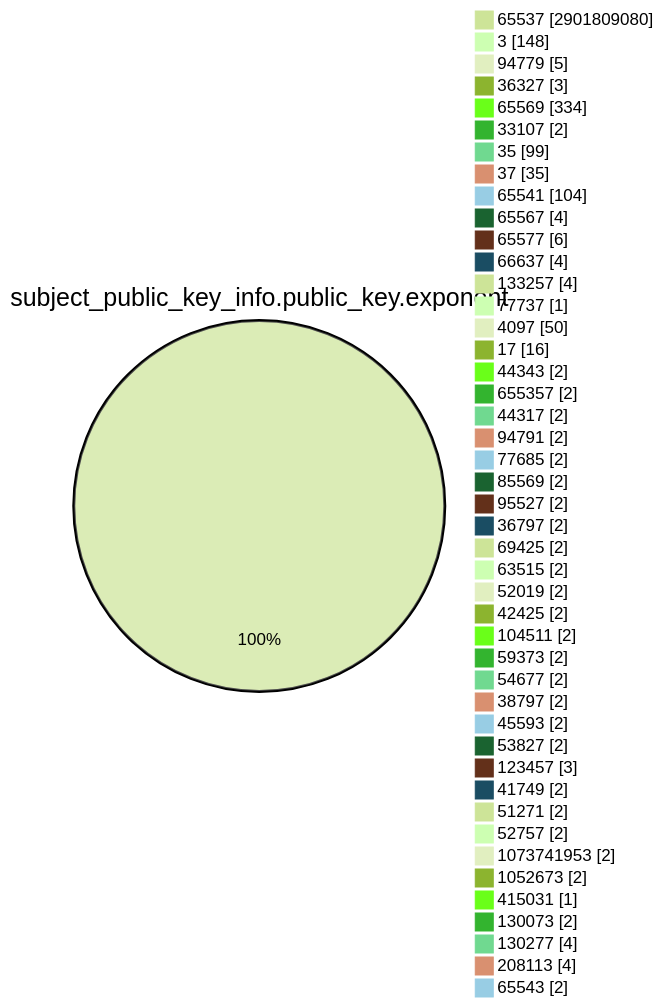
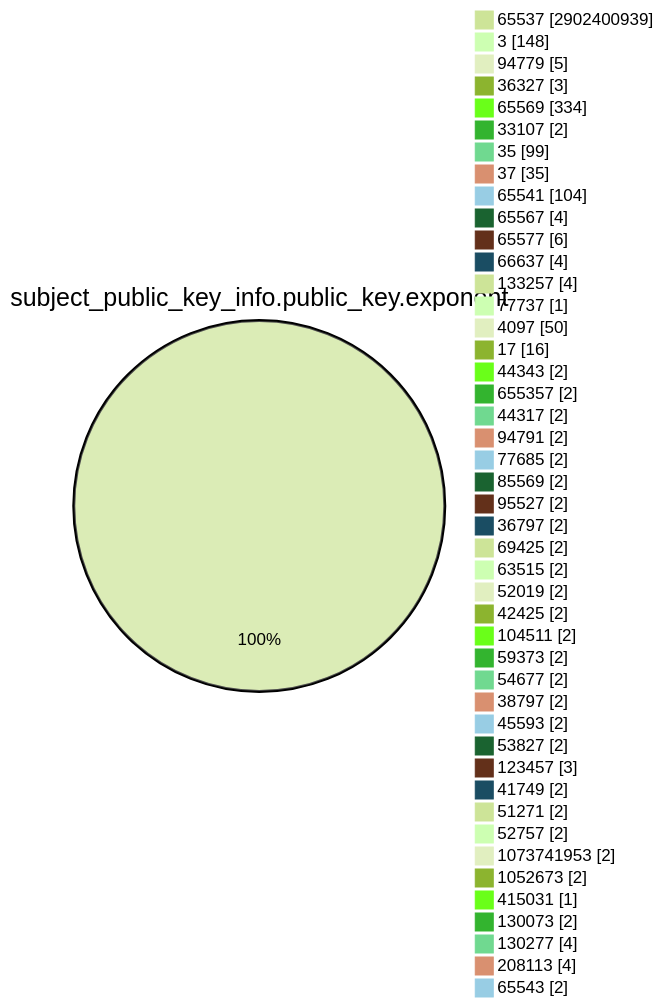
The fourth of 15 diagrams in TOTAL/README.md (christiankrug/ctmonitor_visualization), drawn with Mermaid (forest theme) before and after one commit. The commit also changed other lines of this file, not shown here.

````diff
--- a/TOTAL/README.md
+++ b/TOTAL/README.md
@@ -1469,49 +1469,49 @@
 ```mermaid
 pie showData
 title subject_public_key_info.public_key.exponent
-"65537" :2901809080
+"65537" :2902400939
 "3" :148
 "94779" :5
 "36327" :3
 "65569" :334
 "33107" :2
 "35" :99
 "37" :35
 "65541" :104
 "65567" :4
 "65577" :6
 "66637" :4
 "133257" :4
 "77737" :1
 "4097" :50
 "17" :16
 "44343" :2
 "655357" :2
 "44317" :2
 "94791" :2
 "77685" :2
 "85569" :2
 "95527" :2
 "36797" :2
 "69425" :2
 "63515" :2
 "52019" :2
 "42425" :2
 "104511" :2
 "59373" :2
 "54677" :2
 "38797" :2
 "45593" :2
 "53827" :2
 "123457" :3
 "41749" :2
 "51271" :2
 "52757" :2
 "1073741953" :2
 "1052673" :2
 "415031" :1
 "130073" :2
 "130277" :4
 "208113" :4
 "65543" :2
 ```
````
